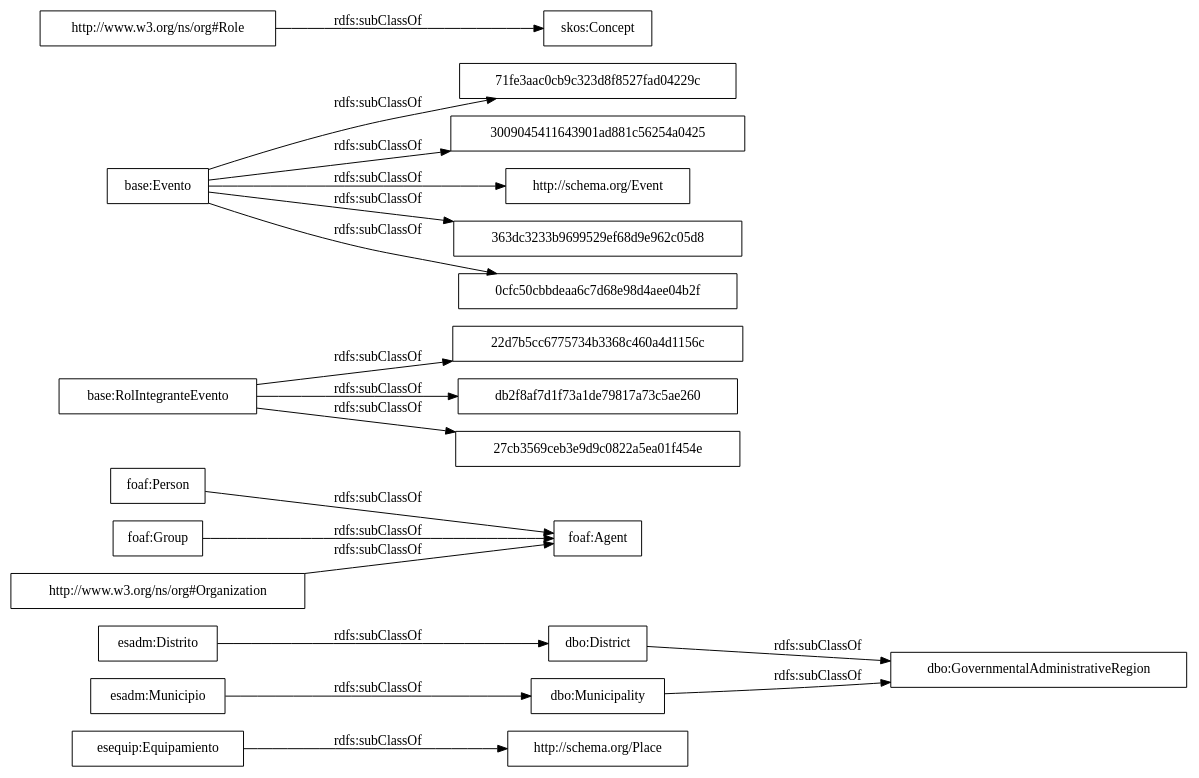
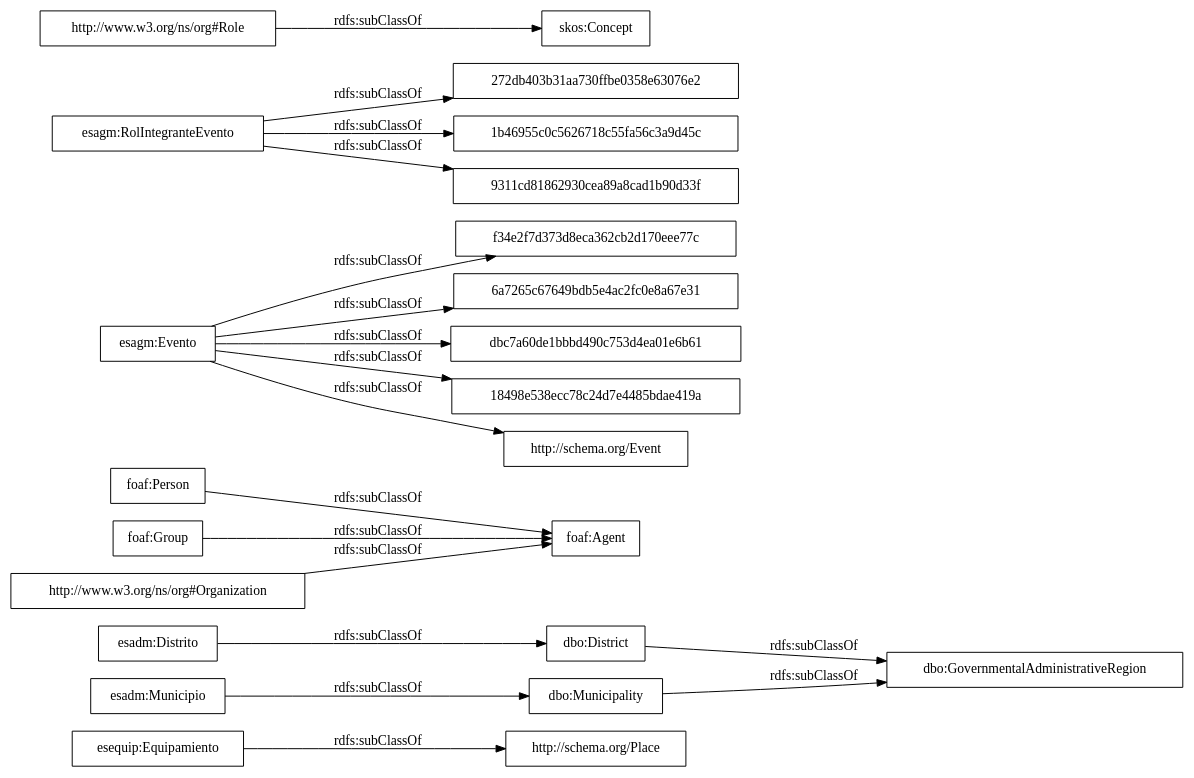
The diagram in OnToology/ontology/agenda-municipal.owl/diagrams/ar2dtool-taxonomy/agenda-municipal.owl.png.dot (OnToologyUser/sector-publico-agenda-municipal), drawn with Graphviz before and after one commit. The commit also changed 14 other files, not shown here.

```diff
--- a/OnToology/ontology/agenda-municipal.owl/diagrams/ar2dtool-taxonomy/agenda-municipal.owl.png.dot
+++ b/OnToology/ontology/agenda-municipal.owl/diagrams/ar2dtool-taxonomy/agenda-municipal.owl.png.dot
@@ -1,23 +1,23 @@
 digraph ar2dtool_diagram { 
 rankdir=LR;
 size="1000"
-node [shape = rectangle, color="black"]; "esequip:Equipamiento" "dbo:GovernmentalAdministrativeRegion" "foaf:Agent" "22d7b5cc6775734b3368c460a4d1156c" "71fe3aac0cb9c323d8f8527fad04229c" "3009045411643901ad881c56254a0425" "db2f8af7d1f73a1de79817a73c5ae260" "dbo:District" "base:Evento" "http://schema.org/Event" "363dc3233b9699529ef68d9e962c05d8" "foaf:Person" "0cfc50cbbdeaa6c7d68e98d4aee04b2f" "esadm:Distrito" "dbo:Municipality" "27cb3569ceb3e9d9c0822a5ea01f454e" "foaf:Group" "skos:Concept" "base:RolIntegranteEvento" "esadm:Municipio" "http://www.w3.org/ns/org#Organization" "http://www.w3.org/ns/org#Role" "http://schema.org/Place" ; /*classes style*/
+node [shape = rectangle, color="black"]; "esequip:Equipamiento" "dbo:GovernmentalAdministrativeRegion" "foaf:Agent" "f34e2f7d373d8eca362cb2d170eee77c" "272db403b31aa730ffbe0358e63076e2" "dbo:District" "1b46955c0c5626718c55fa56c3a9d45c" "6a7265c67649bdb5e4ac2fc0e8a67e31" "dbc7a60de1bbbd490c753d4ea01e6b61" "18498e538ecc78c24d7e4485bdae419a" "esagm:Evento" "http://schema.org/Event" "foaf:Person" "esadm:Distrito" "dbo:Municipality" "9311cd81862930cea89a8cad1b90d33f" "foaf:Group" "skos:Concept" "esagm:RolIntegranteEvento" "esadm:Municipio" "http://www.w3.org/ns/org#Organization" "http://www.w3.org/ns/org#Role" "http://schema.org/Place" ; /*classes style*/
 	"foaf:Group" -> "foaf:Agent" [ label = "rdfs:subClassOf" ];
 	"http://www.w3.org/ns/org#Organization" -> "foaf:Agent" [ label = "rdfs:subClassOf" ];
 	"http://www.w3.org/ns/org#Role" -> "skos:Concept" [ label = "rdfs:subClassOf" ];
 	"foaf:Person" -> "foaf:Agent" [ label = "rdfs:subClassOf" ];
 	"esadm:Distrito" -> "dbo:District" [ label = "rdfs:subClassOf" ];
 	"dbo:Municipality" -> "dbo:GovernmentalAdministrativeRegion" [ label = "rdfs:subClassOf" ];
 	"dbo:District" -> "dbo:GovernmentalAdministrativeRegion" [ label = "rdfs:subClassOf" ];
-	"base:Evento" -> "http://schema.org/Event" [ label = "rdfs:subClassOf" ];
-	"base:Evento" -> "363dc3233b9699529ef68d9e962c05d8" [ label = "rdfs:subClassOf" ];
-	"base:Evento" -> "0cfc50cbbdeaa6c7d68e98d4aee04b2f" [ label = "rdfs:subClassOf" ];
-	"base:Evento" -> "3009045411643901ad881c56254a0425" [ label = "rdfs:subClassOf" ];
-	"base:Evento" -> "71fe3aac0cb9c323d8f8527fad04229c" [ label = "rdfs:subClassOf" ];
+	"esagm:Evento" -> "http://schema.org/Event" [ label = "rdfs:subClassOf" ];
+	"esagm:Evento" -> "6a7265c67649bdb5e4ac2fc0e8a67e31" [ label = "rdfs:subClassOf" ];
+	"esagm:Evento" -> "f34e2f7d373d8eca362cb2d170eee77c" [ label = "rdfs:subClassOf" ];
+	"esagm:Evento" -> "dbc7a60de1bbbd490c753d4ea01e6b61" [ label = "rdfs:subClassOf" ];
+	"esagm:Evento" -> "18498e538ecc78c24d7e4485bdae419a" [ label = "rdfs:subClassOf" ];
 	"esequip:Equipamiento" -> "http://schema.org/Place" [ label = "rdfs:subClassOf" ];
-	"base:RolIntegranteEvento" -> "db2f8af7d1f73a1de79817a73c5ae260" [ label = "rdfs:subClassOf" ];
-	"base:RolIntegranteEvento" -> "22d7b5cc6775734b3368c460a4d1156c" [ label = "rdfs:subClassOf" ];
-	"base:RolIntegranteEvento" -> "27cb3569ceb3e9d9c0822a5ea01f454e" [ label = "rdfs:subClassOf" ];
+	"esagm:RolIntegranteEvento" -> "9311cd81862930cea89a8cad1b90d33f" [ label = "rdfs:subClassOf" ];
+	"esagm:RolIntegranteEvento" -> "272db403b31aa730ffbe0358e63076e2" [ label = "rdfs:subClassOf" ];
+	"esagm:RolIntegranteEvento" -> "1b46955c0c5626718c55fa56c3a9d45c" [ label = "rdfs:subClassOf" ];
 	"esadm:Municipio" -> "dbo:Municipality" [ label = "rdfs:subClassOf" ];
 
 }
```
